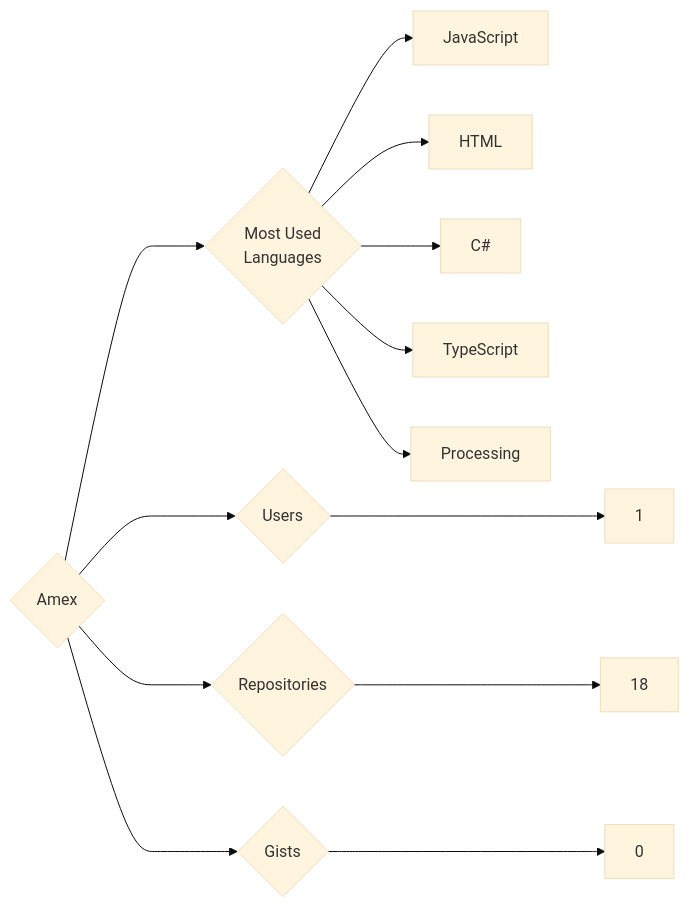
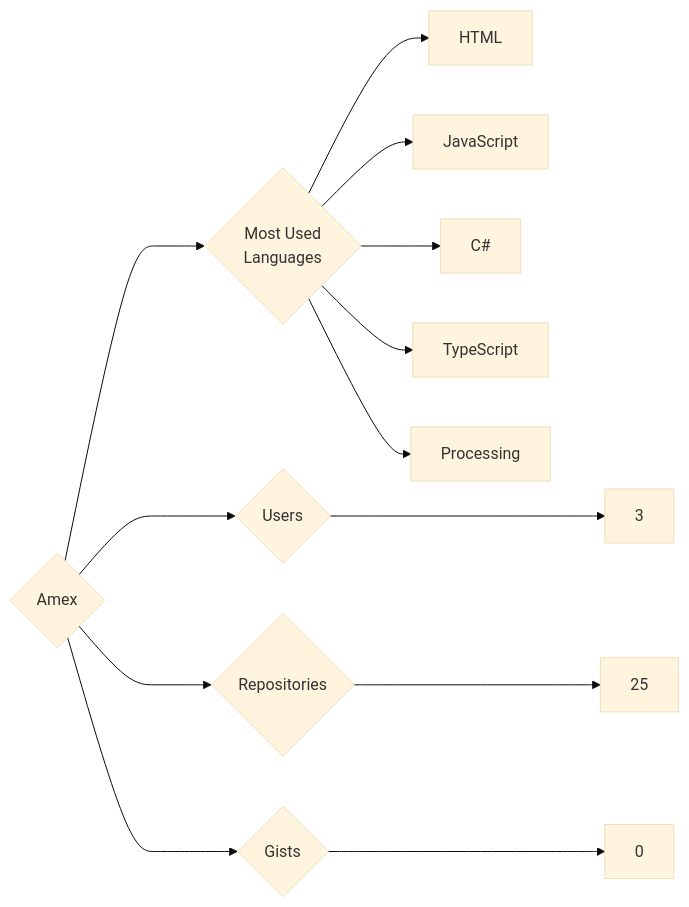
Before and after one commit to trickest/insiders: the diagram in targets/Amex/README.md, drawn with Mermaid (base theme). The commit also changed 930 other files, not shown here.

````diff
--- a/targets/Amex/README.md
+++ b/targets/Amex/README.md
@@ -3,13 +3,13 @@
 ```mermaid
 graph LR
 COMPANY_NAME{Amex}
-COMPANY_NAME ---> U{Users} ---> UN[1]
-COMPANY_NAME ---> R{Repositories} ---> RN[18]
+COMPANY_NAME ---> U{Users} ---> UN[3]
+COMPANY_NAME ---> R{Repositories} ---> RN[25]
 COMPANY_NAME ---> G{Gists} ---> GN[0]
 COMPANY_NAME ---> ML{Most Used<br>Languages}
+ML --> HTML[HTML]
 ML --> JavaScript[JavaScript]
-ML --> HTML[HTML]
 ML --> C#[C#]
 ML --> TypeScript[TypeScript]
 ML --> Processing[Processing]
 ```
````
